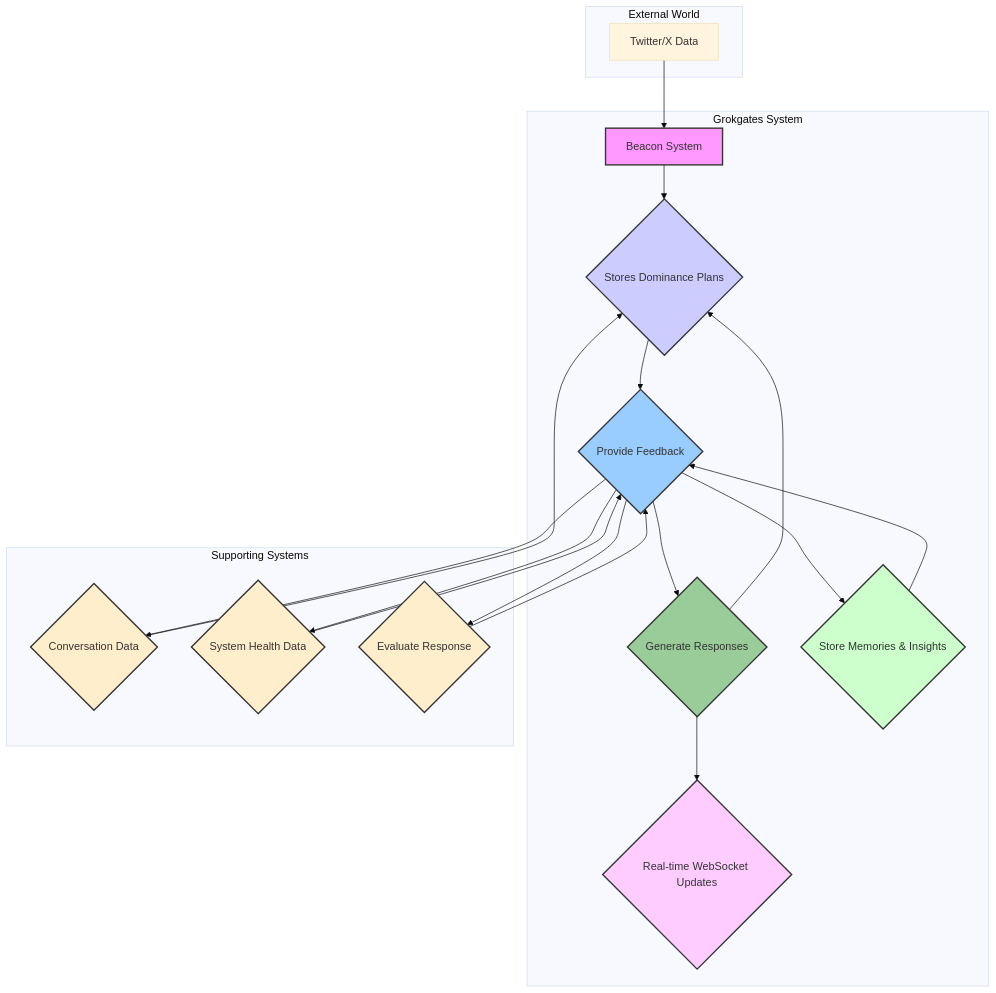
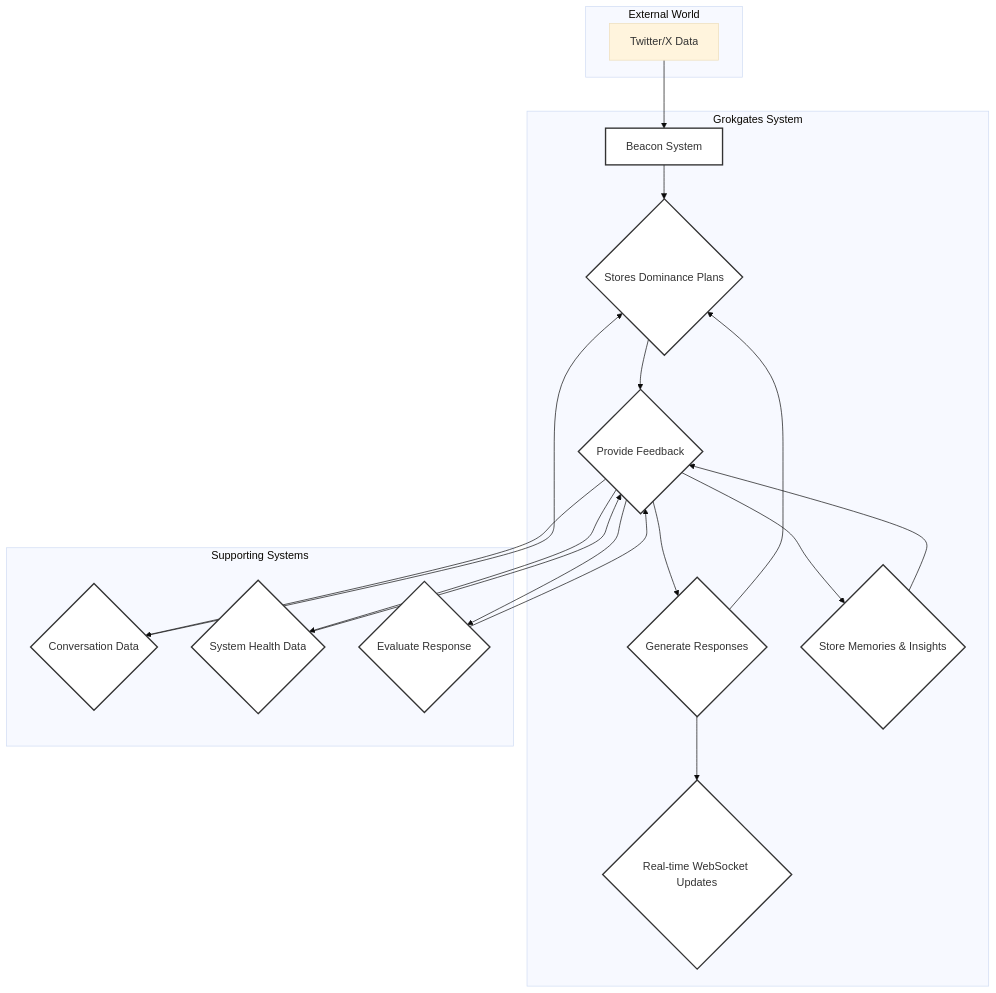
One commit to tertt-dev/grokgates changed the diagram in README.md. Above: the diagram before and after it, drawn with Mermaid (base theme).

````diff
--- a/README.md
+++ b/README.md
@@ -37,49 +37,49 @@
 ```mermaid
 graph TD
     subgraph "External World"
         A["Twitter/X Data"]
     end
 
     subgraph "Grokgates System"
         B[Beacon System]
         C[Redis Backend]
         D[AI Agents]
         E[Conversation Manager]
         F[Memory Systems]
         G[Web UI]
     end
 
     subgraph "Supporting Systems"
         H[Planner Agent]
         I[Superego Controller]
         J[Critic]
     end
 
     A --> B
     B --> C{"Stores Beacon Feed"}
     C --> D{"Process Beacons"}
     D --> E{"Generate Responses"}
     E --> C{"Stores Conversation History"}
     D --> F{"Store Memories & Insights"}
     F --> D{"Retrieve Memories"}
     E --> G{"Real-time WebSocket Updates"}
     
     D --> H{"Conversation Data"}
     H --> C{"Stores Dominance Plans"}
     
     D --> I{"System Health Data"}
     I --> D{"Adjusts Agent Parameters"}
     
     D --> J{"Evaluate Response"}
     J --> D{"Provide Feedback"}
     
-    style B fill:#f9f,stroke:#333,stroke-width:2px
-    style C fill:#ccf,stroke:#333,stroke-width:2px
-    style D fill:#9cf,stroke:#333,stroke-width:2px
-    style E fill:#9c9,stroke:#333,stroke-width:2px
-    style F fill:#cfc,stroke:#333,stroke-width:2px
-    style G fill:#fcf,stroke:#333,stroke-width:2px
-    style H fill:#fec,stroke:#333,stroke-width:2px
-    style I fill:#fec,stroke:#333,stroke-width:2px
-    style J fill:#fec,stroke:#333,stroke-width:2px
+    style B fill:#FFFFFF,stroke:#333,stroke-width:2px
+    style C fill:#FFFFFF,stroke:#333,stroke-width:2px
+    style D fill:#FFFFFF,stroke:#333,stroke-width:2px
+    style E fill:#FFFFFF,stroke:#333,stroke-width:2px
+    style F fill:#FFFFFF,stroke:#333,stroke-width:2px
+    style G fill:#FFFFFF,stroke:#333,stroke-width:2px
+    style H fill:#FFFFFF,stroke:#333,stroke-width:2px
+    style I fill:#FFFFFF,stroke:#333,stroke-width:2px
+    style J fill:#FFFFFF,stroke:#333,stroke-width:2px
 ```
````
